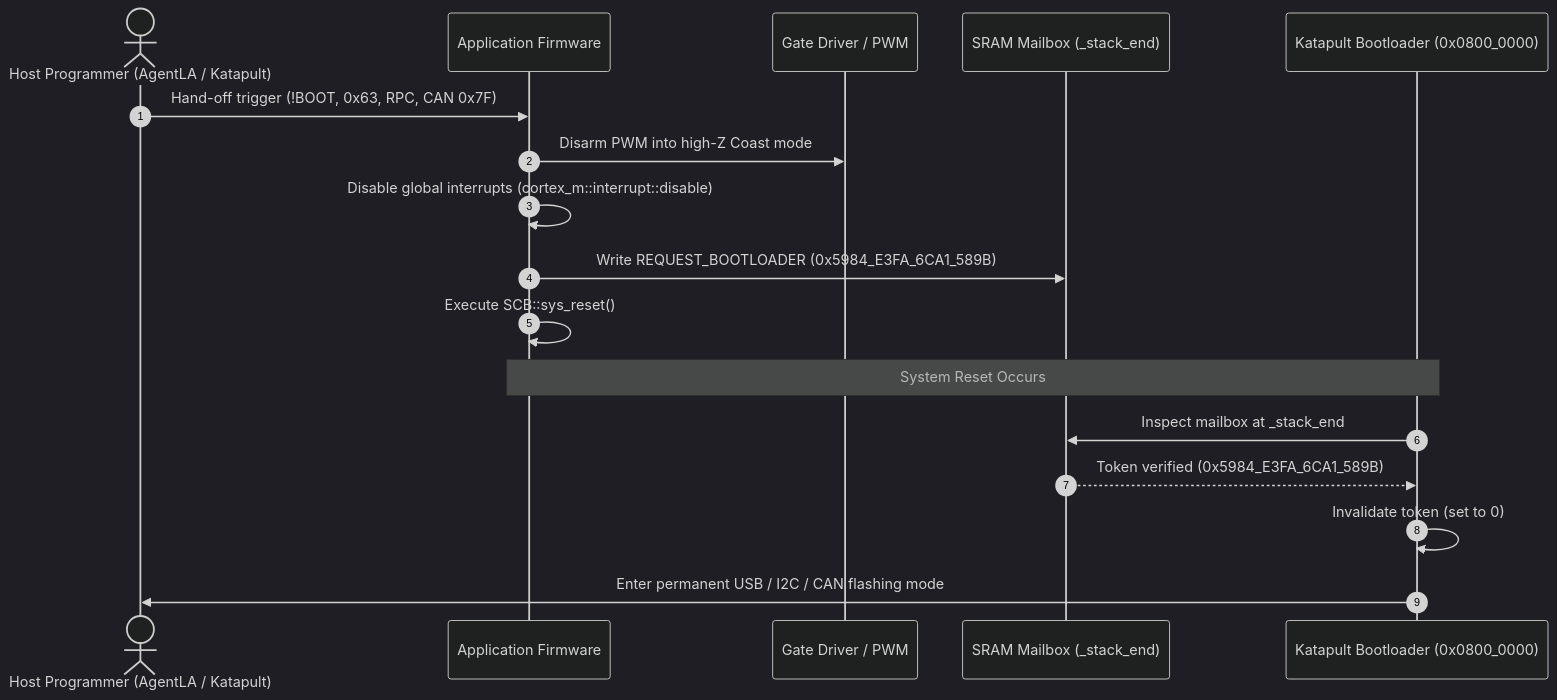
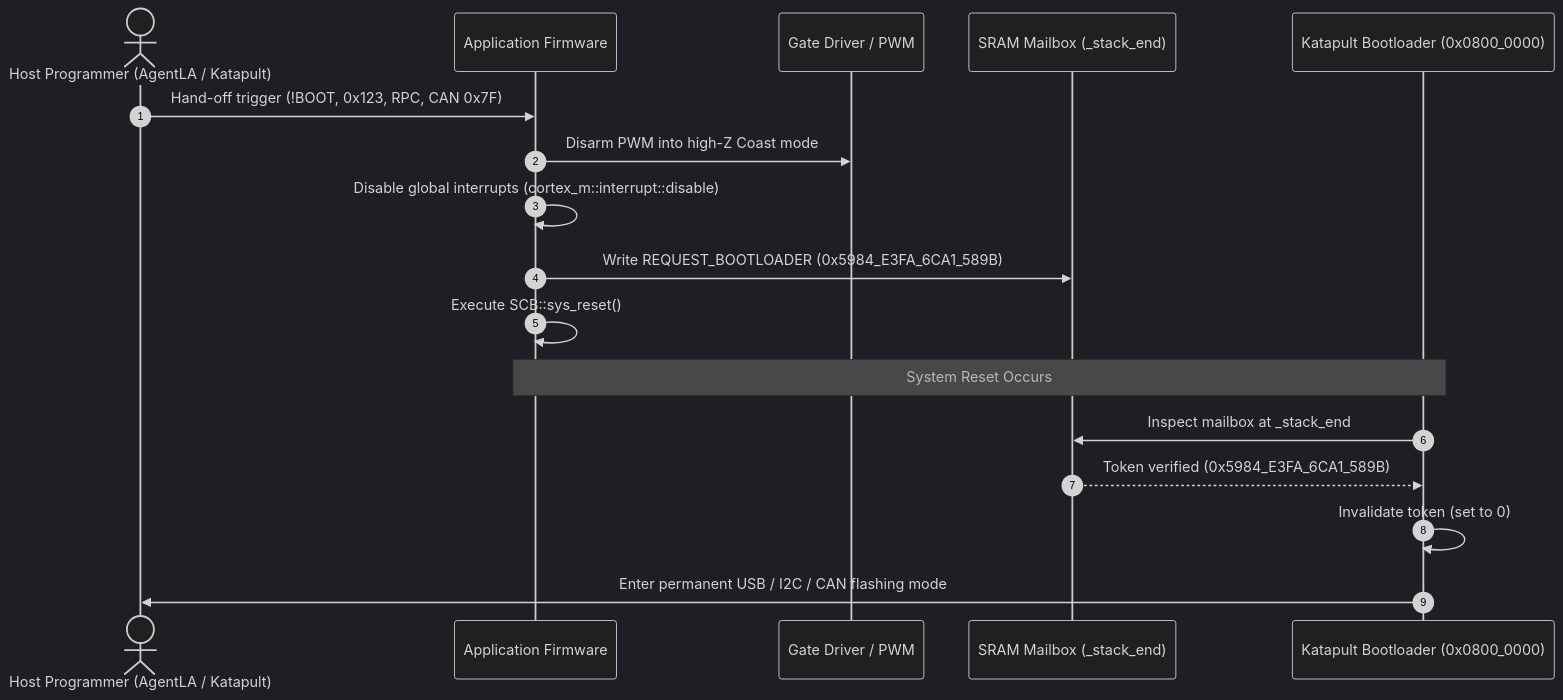
The diagram in docs/platforms/bootloader.md (bareFOC/barefoc.github.io), drawn with Mermaid (dark theme) before and after one commit. The commit also changed other lines of this file and 6 other files, not shown here.

````diff
--- a/docs/platforms/bootloader.md
+++ b/docs/platforms/bootloader.md
@@ -21,20 +21,20 @@
 ```mermaid
 sequenceDiagram
     autonumber
     actor Host as Host Programmer (AgentLA / Katapult)
     participant App as Application Firmware
     participant Inverter as Gate Driver / PWM
     participant SRAM as SRAM Mailbox (_stack_end)
     participant Boot as Katapult Bootloader (0x0800_0000)
 
-    Host->>App: Hand-off trigger (!BOOT, 0x63, RPC, CAN 0x7F)
+    Host->>App: Hand-off trigger (!BOOT, 0x123, RPC, CAN 0x7F)
     App->>Inverter: Disarm PWM into high-Z Coast mode
     App->>App: Disable global interrupts (cortex_m::interrupt::disable)
     App->>SRAM: Write REQUEST_BOOTLOADER (0x5984_E3FA_6CA1_589B)
     App->>App: Execute SCB::sys_reset()
     Note over App, Boot: System Reset Occurs
     Boot->>SRAM: Inspect mailbox at _stack_end
     SRAM-->>Boot: Token verified (0x5984_E3FA_6CA1_589B)
     Boot->>Boot: Invalidate token (set to 0)
     Boot->>Host: Enter permanent USB / I2C / CAN flashing mode
 ```
````
